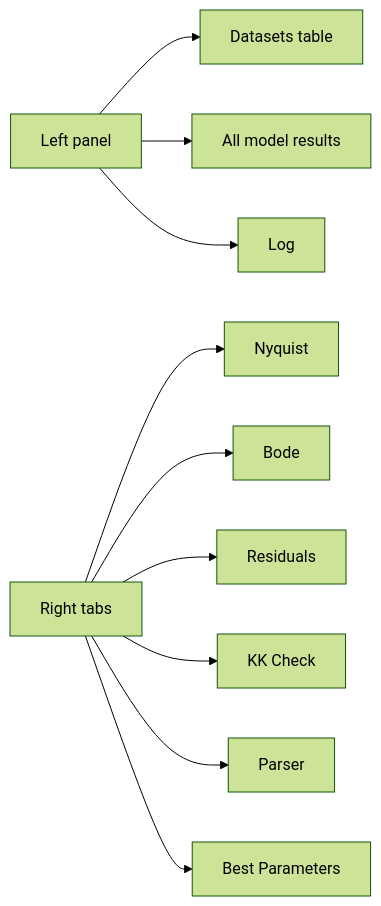
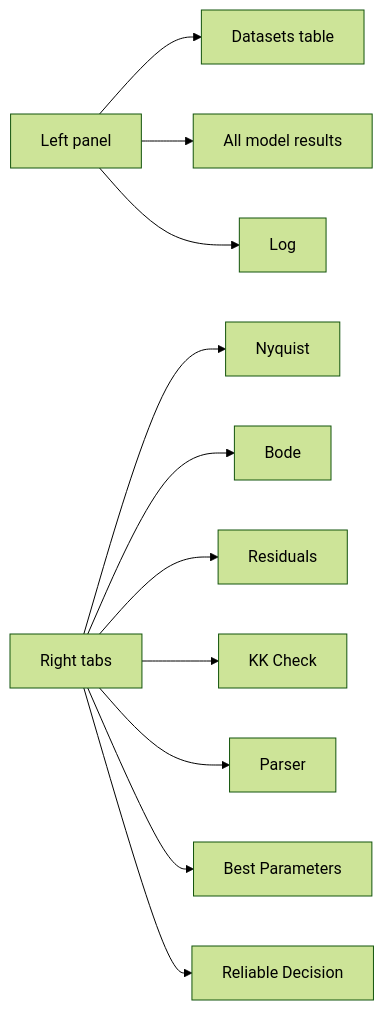
Before and after one commit to stpntrsvv/eis: the diagram in docs/EIS Solver Vault/06 GUI Features.md, drawn with Mermaid (forest theme). The commit also changed other lines of this file and 107 other files, not shown here.

````diff
--- a/docs/EIS Solver Vault/06 GUI Features.md
+++ b/docs/EIS Solver Vault/06 GUI Features.md
@@ -24,14 +25,15 @@
 ```mermaid
 flowchart LR
     Left[Left panel]
     Right[Right tabs]
     Left --> Datasets[Datasets table]
     Left --> Results[All model results]
     Left --> Log[Log]
     Right --> Nyquist
     Right --> Bode
     Right --> Residuals
     Right --> KKCheck[KK Check]
     Right --> Parser
     Right --> BestParams[Best Parameters]
+    Right --> ReliableDecision[Reliable Decision]
 ```
````
